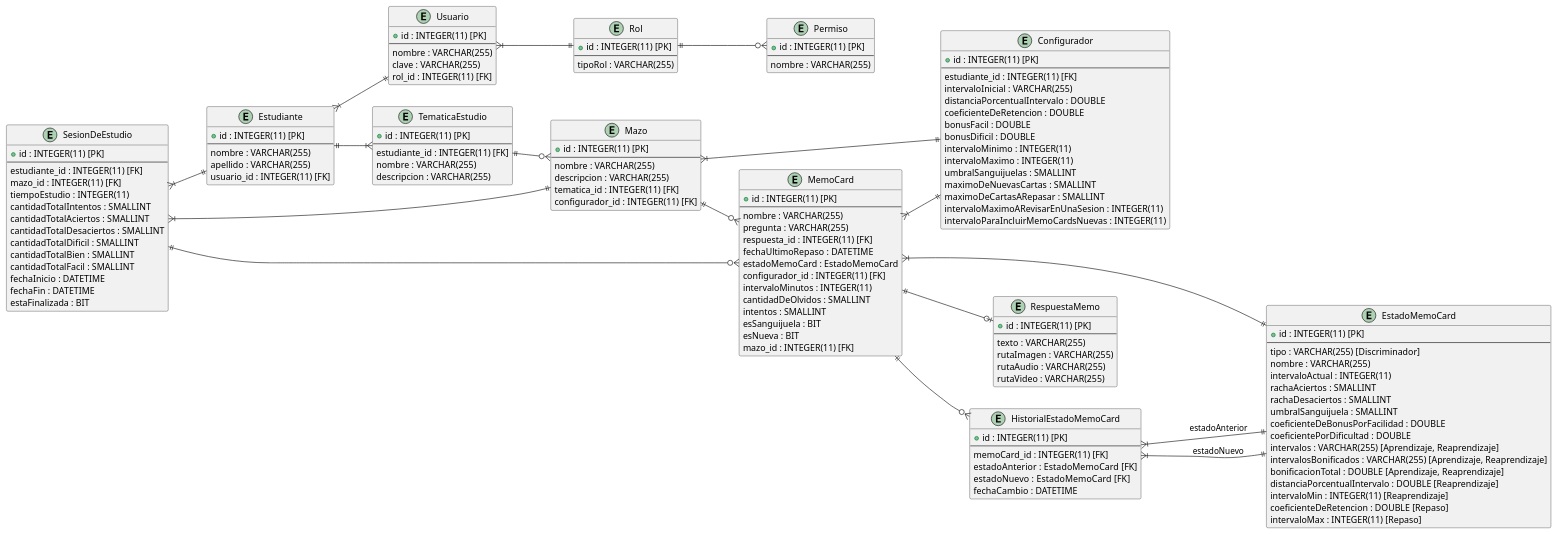
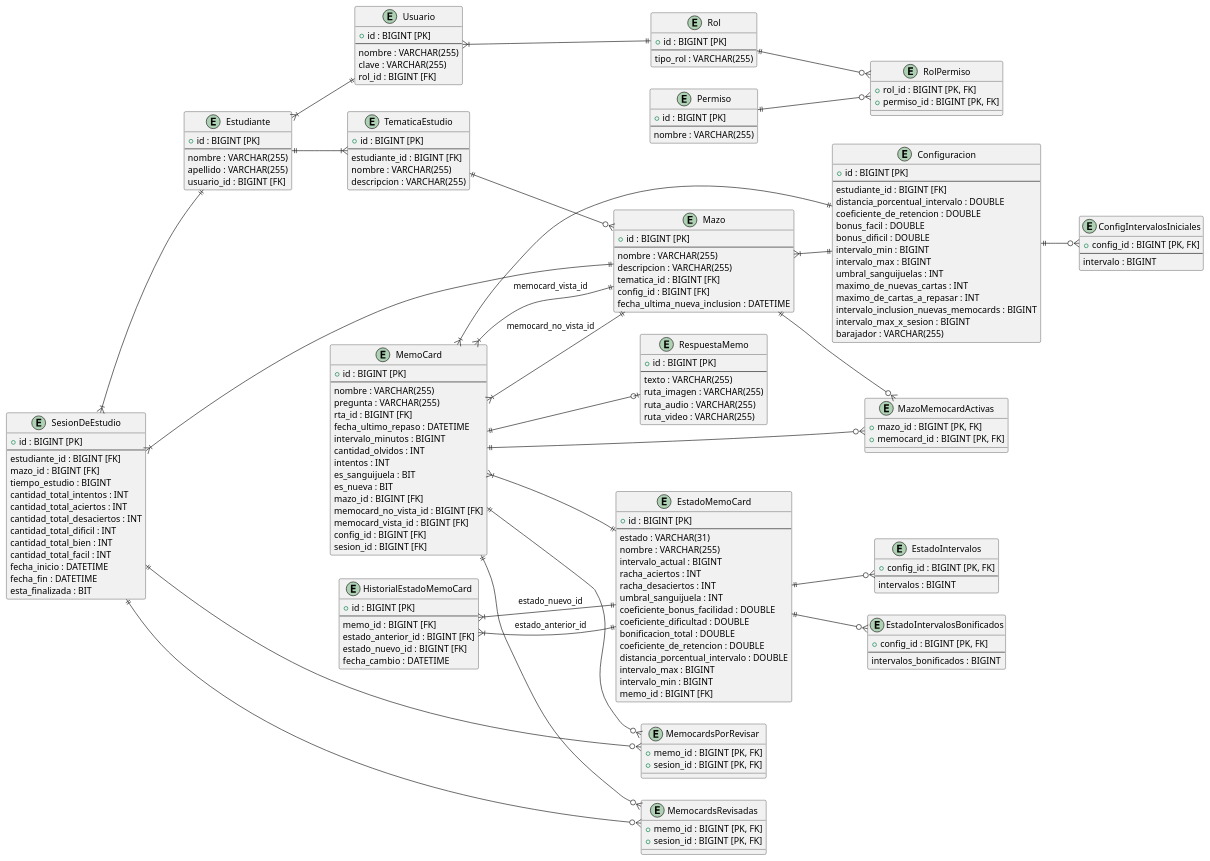
The diagram in documentation/diagrams/DiagramaDeEntidadRelacion.puml (nehuen-b-a/MemoCards), drawn with PlantUML before and after one commit.

Commit message:
documentation: actualizo el DER

```diff
--- a/documentation/diagrams/DiagramaDeEntidadRelacion.puml
+++ b/documentation/diagrams/DiagramaDeEntidadRelacion.puml
@@ -3,156 +3,209 @@
 
 ' Entidades principales
 entity Usuario {
-    + id : INTEGER(11) [PK]
+    + id : BIGINT [PK]
     --
     nombre : VARCHAR(255)
     clave : VARCHAR(255)
-    rol_id : INTEGER(11) [FK]
+    rol_id : BIGINT [FK]
 }
 
 entity Rol {
-    + id : INTEGER(11) [PK]
+    + id : BIGINT [PK]
     --
-    tipoRol : VARCHAR(255)
+    tipo_rol : VARCHAR(255)
 }
 
 entity Permiso {
-    + id : INTEGER(11) [PK]
+    + id : BIGINT [PK]
     --
     nombre : VARCHAR(255)
 }
 
+entity RolPermiso {
+    + rol_id : BIGINT [PK, FK]
+    + permiso_id : BIGINT [PK, FK]
+}
+
 entity Estudiante {
-    + id : INTEGER(11) [PK]
+    + id : BIGINT [PK]
     --
     nombre : VARCHAR(255)
     apellido : VARCHAR(255)
-    usuario_id : INTEGER(11) [FK]
+    usuario_id : BIGINT [FK]
 }
 
 entity TematicaEstudio {
-    + id : INTEGER(11) [PK]
+    + id : BIGINT [PK]
     --
-    estudiante_id : INTEGER(11) [FK]
+    estudiante_id : BIGINT [FK]
     nombre : VARCHAR(255)
     descripcion : VARCHAR(255)
 }
 
 entity Mazo {
-    + id : INTEGER(11) [PK]
+    + id : BIGINT [PK]
     --
     nombre : VARCHAR(255)
     descripcion : VARCHAR(255)
-    tematica_id : INTEGER(11) [FK]
-    configurador_id : INTEGER(11) [FK]
+    tematica_id : BIGINT [FK]
+    config_id : BIGINT [FK]
+    fecha_ultima_nueva_inclusion : DATETIME
 }
 
-entity Configurador {
-    + id : INTEGER(11) [PK]
+entity Configuracion {
+    + id : BIGINT [PK]
     --
-    estudiante_id : INTEGER(11) [FK]
-    intervaloInicial : VARCHAR(255)
-    distanciaPorcentualIntervalo : DOUBLE
-    coeficienteDeRetencion : DOUBLE
-    bonusFacil : DOUBLE
-    bonusDificil : DOUBLE
-    intervaloMinimo : INTEGER(11)
-    intervaloMaximo : INTEGER(11)
-    umbralSanguijuelas : SMALLINT
-    maximoDeNuevasCartas : SMALLINT
-    maximoDeCartasARepasar : SMALLINT
-    intervaloMaximoARevisarEnUnaSesion : INTEGER(11)
-    intervaloParaIncluirMemoCardsNuevas : INTEGER(11)
+    estudiante_id : BIGINT [FK]
+    distancia_porcentual_intervalo : DOUBLE
+    coeficiente_de_retencion : DOUBLE
+    bonus_facil : DOUBLE
+    bonus_dificil : DOUBLE
+    intervalo_min : BIGINT
+    intervalo_max : BIGINT
+    umbral_sanguijuelas : INT
+    maximo_de_nuevas_cartas : INT
+    maximo_de_cartas_a_repasar : INT
+    intervalo_inclusion_nuevas_memocards : BIGINT
+    intervalo_max_x_sesion : BIGINT
+    barajador : VARCHAR(255)
+}
+
+entity ConfigIntervalosIniciales {
+    + config_id : BIGINT [PK, FK]
+    --
+    intervalo : BIGINT
 }
 
 entity MemoCard {
-    + id : INTEGER(11) [PK]
+    + id : BIGINT [PK]
     --
     nombre : VARCHAR(255)
     pregunta : VARCHAR(255)
-    respuesta_id : INTEGER(11) [FK]
-    fechaUltimoRepaso : DATETIME
-    estadoMemoCard : EstadoMemoCard
-    configurador_id : INTEGER(11) [FK]
-    intervaloMinutos : INTEGER(11)
-    cantidadDeOlvidos : SMALLINT
-    intentos : SMALLINT
-    esSanguijuela : BIT
-    esNueva : BIT
-    mazo_id : INTEGER(11) [FK]
+    rta_id : BIGINT [FK]
+    fecha_ultimo_repaso : DATETIME
+    intervalo_minutos : BIGINT
+    cantidad_olvidos : INT
+    intentos : INT
+    es_sanguijuela : BIT
+    es_nueva : BIT
+    mazo_id : BIGINT [FK]
+    memocard_no_vista_id : BIGINT [FK]
+    memocard_vista_id : BIGINT [FK]
+    config_id : BIGINT [FK]
+    sesion_id : BIGINT [FK]
 }
 
 entity EstadoMemoCard {
-    + id : INTEGER(11) [PK]
+    + id : BIGINT [PK]
     --
-    tipo : VARCHAR(255) [Discriminador]
+    estado : VARCHAR(31)
     nombre : VARCHAR(255)
-    intervaloActual : INTEGER(11)
-    rachaAciertos : SMALLINT
-    rachaDesaciertos : SMALLINT
-    umbralSanguijuela : SMALLINT
-    coeficienteDeBonusPorFacilidad : DOUBLE
-    coeficientePorDificultad : DOUBLE
-    intervalos : VARCHAR(255) [Aprendizaje, Reaprendizaje]
-    intervalosBonificados : VARCHAR(255) [Aprendizaje, Reaprendizaje]
-    bonificacionTotal : DOUBLE [Aprendizaje, Reaprendizaje]
-    distanciaPorcentualIntervalo : DOUBLE [Reaprendizaje]
-    intervaloMin : INTEGER(11) [Reaprendizaje]
-    coeficienteDeRetencion : DOUBLE [Repaso]
-    intervaloMax : INTEGER(11) [Repaso]
+    intervalo_actual : BIGINT
+    racha_aciertos : INT
+    racha_desaciertos : INT
+    umbral_sanguijuela : INT
+    coeficiente_bonus_facilidad : DOUBLE
+    coeficiente_dificultad : DOUBLE
+    bonificacion_total : DOUBLE
+    coeficiente_de_retencion : DOUBLE
+    distancia_porcentual_intervalo : DOUBLE
+    intervalo_max : BIGINT
+    intervalo_min : BIGINT
+    memo_id : BIGINT [FK]
+}
+
+' Nuevas tablas de intervalos
+entity EstadoIntervalos {
+    + config_id : BIGINT [PK, FK]
+    --
+    intervalos : BIGINT
+}
+
+entity EstadoIntervalosBonificados {
+    + config_id : BIGINT [PK, FK]
+    --
+    intervalos_bonificados : BIGINT
 }
 
 entity RespuestaMemo {
-    + id : INTEGER(11) [PK]
+    + id : BIGINT [PK]
     --
     texto : VARCHAR(255)
-    rutaImagen : VARCHAR(255)
-    rutaAudio : VARCHAR(255)
-    rutaVideo : VARCHAR(255)
+    ruta_imagen : VARCHAR(255)
+    ruta_audio : VARCHAR(255)
+    ruta_video : VARCHAR(255)
 }
 
 entity SesionDeEstudio {
-    + id : INTEGER(11) [PK]
+    + id : BIGINT [PK]
     --
-    estudiante_id : INTEGER(11) [FK]
-    mazo_id : INTEGER(11) [FK]
-    tiempoEstudio : INTEGER(11)
-    cantidadTotalIntentos : SMALLINT
-    cantidadTotalAciertos : SMALLINT
-    cantidadTotalDesaciertos : SMALLINT
-    cantidadTotalDificil : SMALLINT
-    cantidadTotalBien : SMALLINT
-    cantidadTotalFacil : SMALLINT
-    fechaInicio : DATETIME
-    fechaFin : DATETIME
-    estaFinalizada : BIT
+    estudiante_id : BIGINT [FK]
+    mazo_id : BIGINT [FK]
+    tiempo_estudio : BIGINT
+    cantidad_total_intentos : INT
+    cantidad_total_aciertos : INT
+    cantidad_total_desaciertos : INT
+    cantidad_total_dificil : INT
+    cantidad_total_bien : INT
+    cantidad_total_facil : INT
+    fecha_inicio : DATETIME
+    fecha_fin : DATETIME
+    esta_finalizada : BIT
 }
 
 entity HistorialEstadoMemoCard {
-    + id : INTEGER(11) [PK]
+    + id : BIGINT [PK]
     --
-    memoCard_id : INTEGER(11) [FK]
-    estadoAnterior : EstadoMemoCard  [FK]
-    estadoNuevo : EstadoMemoCard  [FK]
-    fechaCambio : DATETIME
+    memo_id : BIGINT [FK]
+    estado_anterior_id : BIGINT [FK]
+    estado_nuevo_id : BIGINT [FK]
+    fecha_cambio : DATETIME
 }
 
-' Relaciones
+' Tablas de unión M:N
+entity MazoMemocardActivas {
+    + mazo_id : BIGINT [PK, FK]
+    + memocard_id : BIGINT [PK, FK]
+}
+
+entity MemocardsPorRevisar {
+    + memo_id : BIGINT [PK, FK]
+    + sesion_id : BIGINT [PK, FK]
+}
+
+entity MemocardsRevisadas {
+    + memo_id : BIGINT [PK, FK]
+    + sesion_id : BIGINT [PK, FK]
+}
+
+' Relaciones actualizadas
 Usuario }|--|| Rol
-Rol ||--o{ Permiso
+Rol ||--o{ RolPermiso
+Permiso ||--o{ RolPermiso
 Estudiante }|--|| Usuario
 Estudiante ||--|{ TematicaEstudio
 TematicaEstudio ||--o{ Mazo
-Mazo }|--|| Configurador
-Mazo ||--o{ MemoCard
+Mazo }|--|| Configuracion
+Mazo ||--o{ MazoMemocardActivas
+MemoCard ||--o{ MazoMemocardActivas
+Configuracion ||--o{ ConfigIntervalosIniciales
+MemoCard }|--|| Configuracion
 MemoCard ||--o| RespuestaMemo
-MemoCard }|--|| Configurador
-MemoCard ||--o{ HistorialEstadoMemoCard
 MemoCard }|--|| EstadoMemoCard
-HistorialEstadoMemoCard }|--|| EstadoMemoCard : estadoAnterior
-HistorialEstadoMemoCard }|--|| EstadoMemoCard : estadoNuevo
+MemoCard }|--|| Mazo : memocard_no_vista_id
+MemoCard }|--|| Mazo : memocard_vista_id
+HistorialEstadoMemoCard }|--|| EstadoMemoCard : estado_anterior_id
+HistorialEstadoMemoCard }|--|| EstadoMemoCard : estado_nuevo_id
 SesionDeEstudio }|--|| Estudiante
 SesionDeEstudio }|--|| Mazo
-SesionDeEstudio ||--o{ MemoCard
+SesionDeEstudio ||--o{ MemocardsPorRevisar
+SesionDeEstudio ||--o{ MemocardsRevisadas
+MemoCard ||--o{ MemocardsPorRevisar
+MemoCard ||--o{ MemocardsRevisadas
+
+' Nuevas relaciones para intervalos
+EstadoMemoCard ||--o{ EstadoIntervalos
+EstadoMemoCard ||--o{ EstadoIntervalosBonificados
 
 @enduml
```
